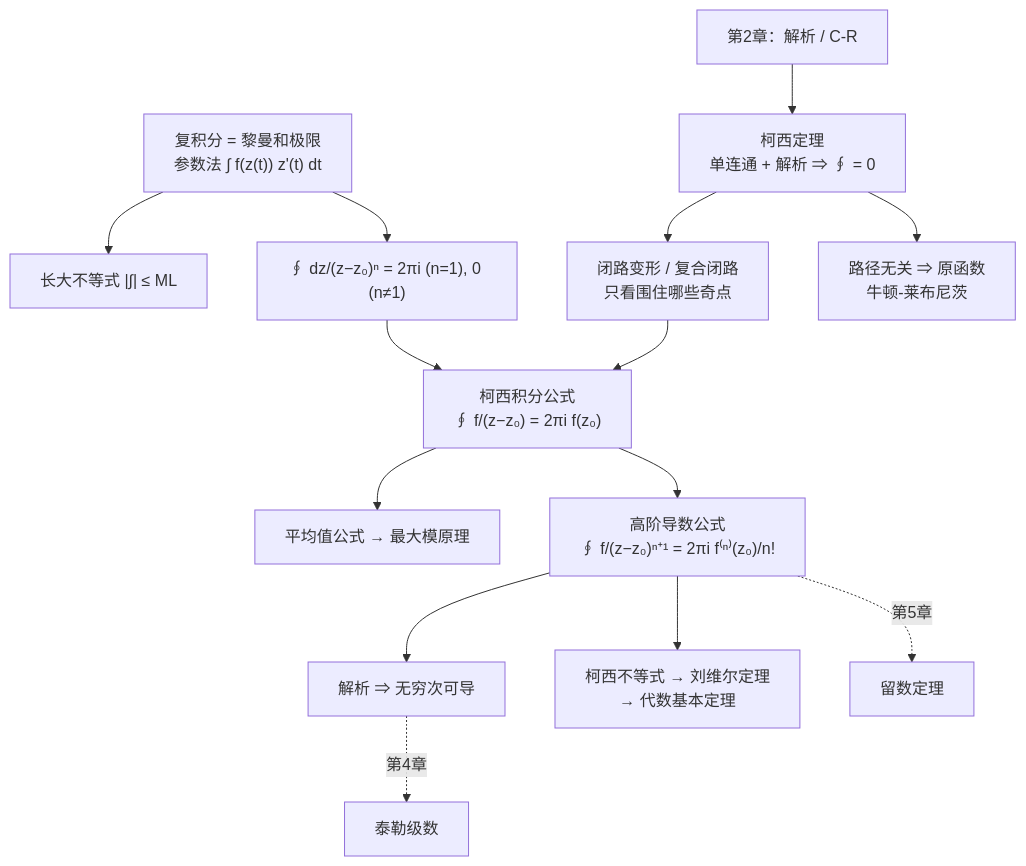
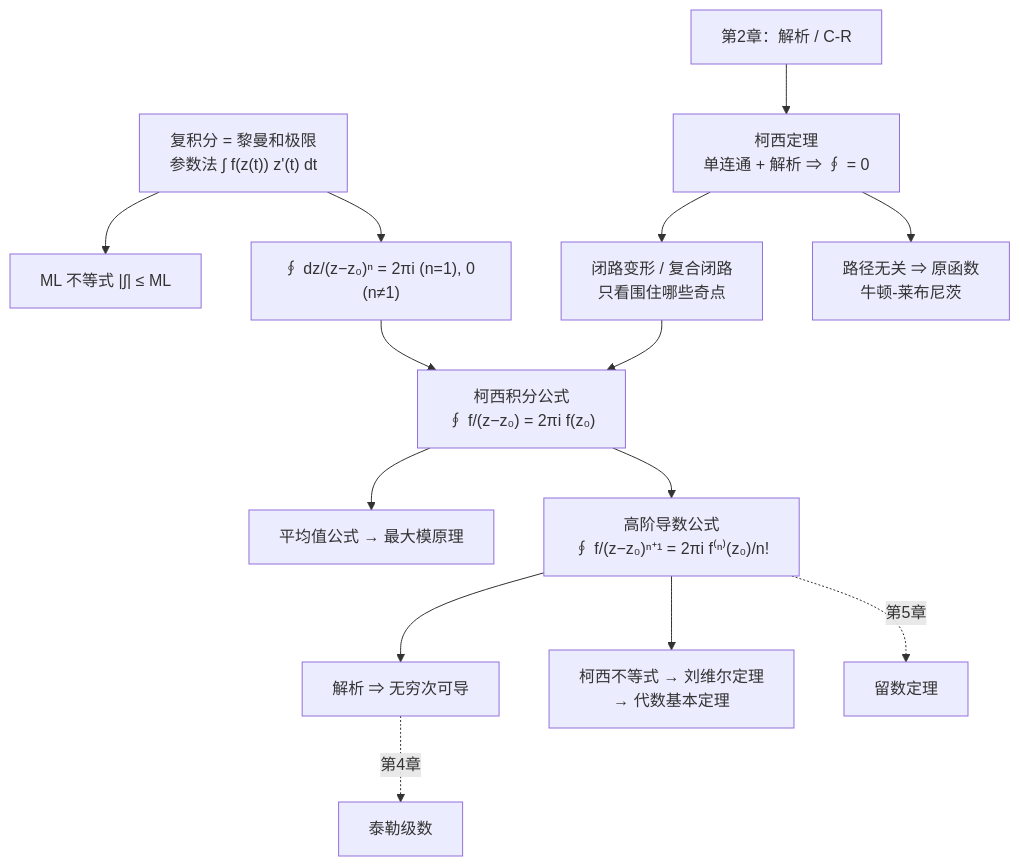
Before and after one commit to cockroach-f/complex-functions: the diagram in docs/ch3.md, drawn with Mermaid. The commit also changed other lines of this file and 7 other files, not shown here.

````diff
--- a/docs/ch3.md
+++ b/docs/ch3.md
@@ -493,16 +493,16 @@
     ```mermaid
     flowchart TD
-        DEF["复积分 = 黎曼和极限<br/>参数法 ∫ f(z(t)) z'(t) dt"] --> EST["长大不等式 |∫| ≤ ML"]
+        DEF["复积分 = 黎曼和极限<br/>参数法 ∫ f(z(t)) z'(t) dt"] --> EST["ML 不等式 |∫| ≤ ML"]
         DEF --> KEY["∮ dz/(z−z₀)ⁿ = 2πi (n=1), 0 (n≠1)"]
         CR["第2章：解析 / C-R"] --> CT["柯西定理<br/>单连通 + 解析 ⇒ ∮ = 0"]
         CT --> DEFORM["闭路变形 / 复合闭路<br/>只看围住哪些奇点"]
         CT --> PRIM["路径无关 ⇒ 原函数<br/>牛顿-莱布尼茨"]
         DEFORM --> CIF["柯西积分公式<br/>∮ f/(z−z₀) = 2πi f(z₀)"]
         KEY --> CIF
         CIF --> MEAN["平均值公式 → 最大模原理"]
         CIF --> HD["高阶导数公式<br/>∮ f/(z−z₀)ⁿ⁺¹ = 2πi f⁽ⁿ⁾(z₀)/n!"]
         HD --> INF["解析 ⇒ 无穷次可导"]
         HD --> LIOU["柯西不等式 → 刘维尔定理<br/>→ 代数基本定理"]
         INF -.->|"第4章"| TAY["泰勒级数"]
         HD -.->|"第5章"| RES["留数定理"]
     ```
````
